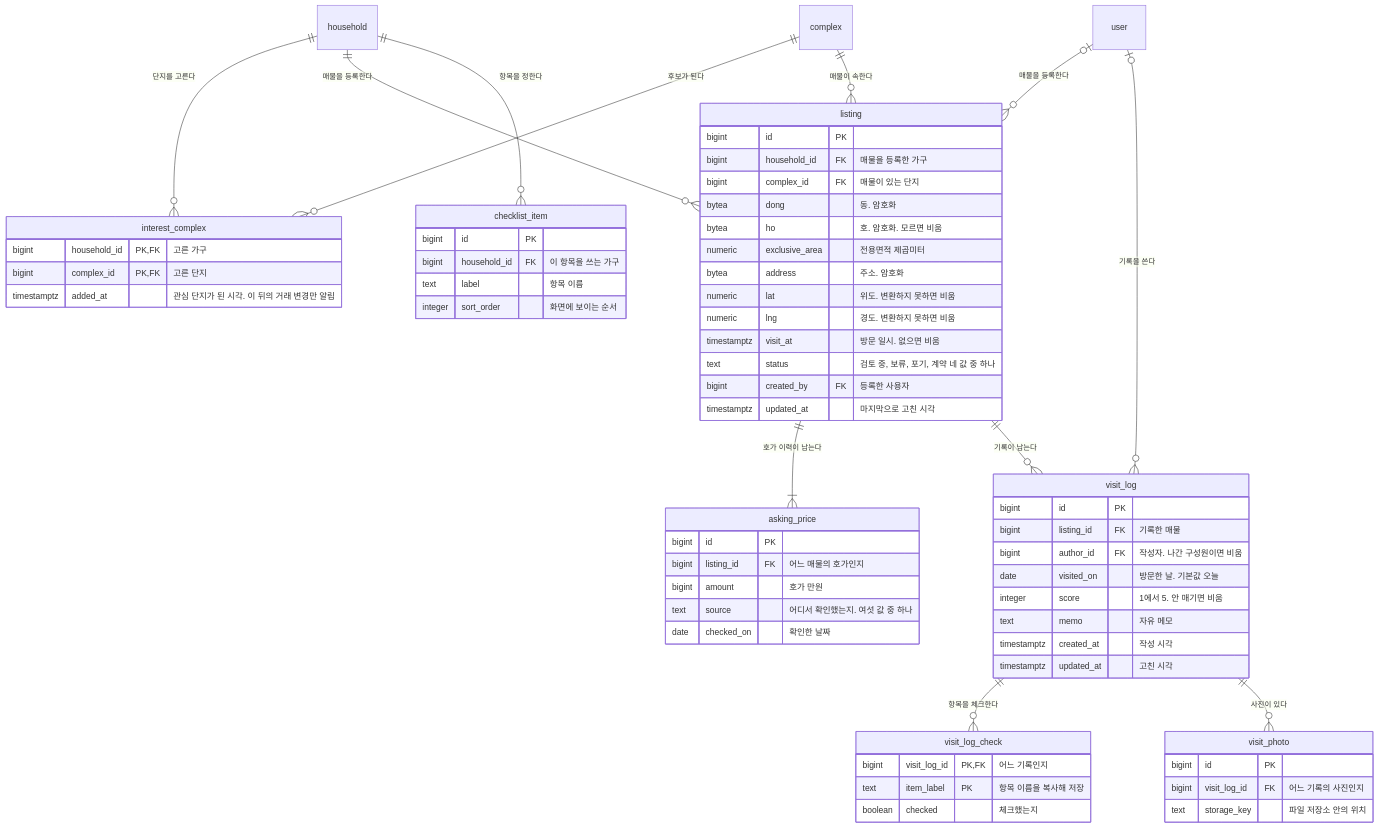
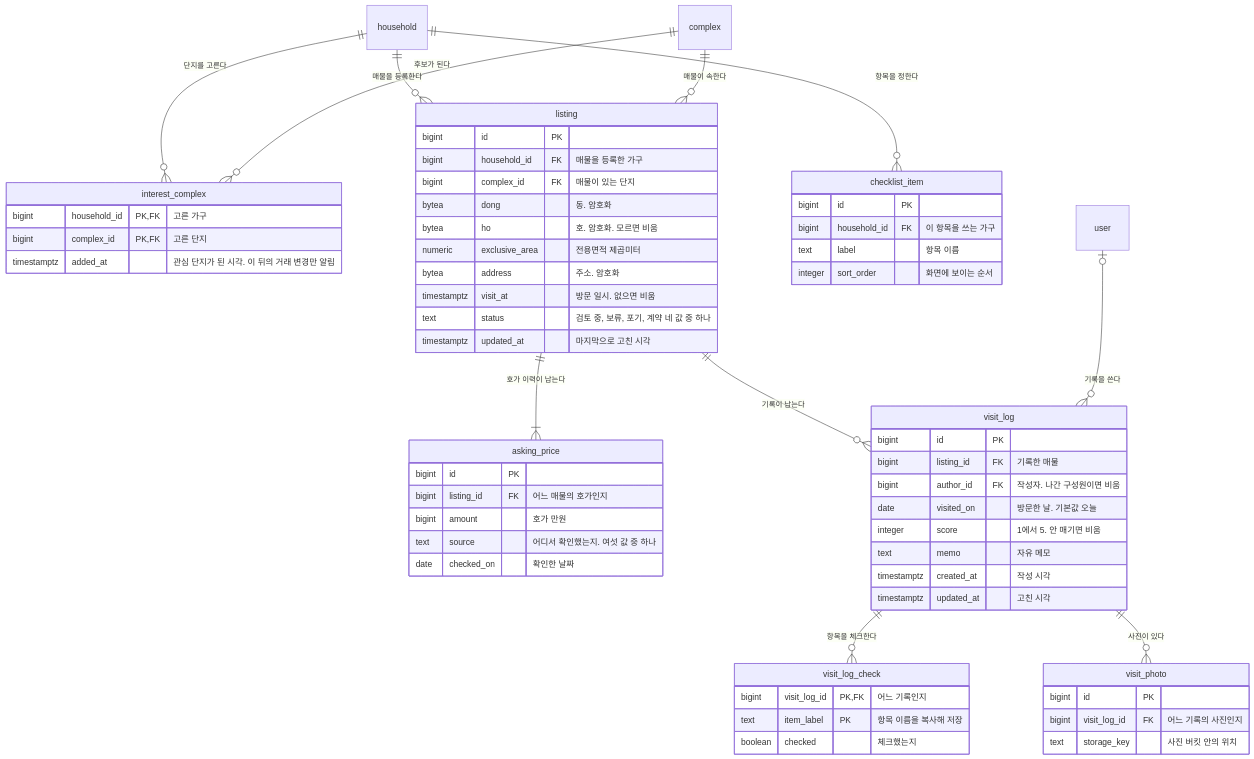
Before and after one commit to Park-Seung-Hun/real-estate: the third of 4 diagrams in docs/architecture/data-model.md, drawn with Mermaid. The commit also changed other lines of this file and 7 other files, not shown here.

````diff
--- a/docs/architecture/data-model.md
+++ b/docs/architecture/data-model.md
@@ -307,67 +296,63 @@
 ```mermaid
 erDiagram
   interest_complex {
     bigint household_id PK, FK "고른 가구"
     bigint complex_id PK, FK "고른 단지"
     timestamptz added_at "관심 단지가 된 시각. 이 뒤의 거래 변경만 알림"
   }
   listing {
     bigint id PK
     bigint household_id FK "매물을 등록한 가구"
     bigint complex_id FK "매물이 있는 단지"
     bytea dong "동. 암호화"
     bytea ho "호. 암호화. 모르면 비움"
     numeric exclusive_area "전용면적 제곱미터"
     bytea address "주소. 암호화"
-    numeric lat "위도. 변환하지 못하면 비움"
-    numeric lng "경도. 변환하지 못하면 비움"
     timestamptz visit_at "방문 일시. 없으면 비움"
     text status "검토 중, 보류, 포기, 계약 네 값 중 하나"
-    bigint created_by FK "등록한 사용자"
     timestamptz updated_at "마지막으로 고친 시각"
   }
   asking_price {
     bigint id PK
     bigint listing_id FK "어느 매물의 호가인지"
     bigint amount "호가 만원"
     text source "어디서 확인했는지. 여섯 값 중 하나"
     date checked_on "확인한 날짜"
   }
   checklist_item {
     bigint id PK
     bigint household_id FK "이 항목을 쓰는 가구"
     text label "항목 이름"
     integer sort_order "화면에 보이는 순서"
   }
   visit_log {
     bigint id PK
     bigint listing_id FK "기록한 매물"
     bigint author_id FK "작성자. 나간 구성원이면 비움"
     date visited_on "방문한 날. 기본값 오늘"
     integer score "1에서 5. 안 매기면 비움"
     text memo "자유 메모"
     timestamptz created_at "작성 시각"
     timestamptz updated_at "고친 시각"
   }
   visit_log_check {
     bigint visit_log_id PK, FK "어느 기록인지"
     text item_label PK "항목 이름을 복사해 저장"
     boolean checked "체크했는지"
   }
   visit_photo {
     bigint id PK
     bigint visit_log_id FK "어느 기록의 사진인지"
-    text storage_key "파일 저장소 안의 위치"
+    text storage_key "사진 버킷 안의 위치"
   }
   household ||--o{ interest_complex : "단지를 고른다"
   complex ||--o{ interest_complex : "후보가 된다"
   household ||--o{ listing : "매물을 등록한다"
-  user |o--o{ listing : "매물을 등록한다"
   complex ||--o{ listing : "매물이 속한다"
   listing ||--|{ asking_price : "호가 이력이 남는다"
   listing ||--o{ visit_log : "기록이 남는다"
   user |o--o{ visit_log : "기록을 쓴다"
   household ||--o{ checklist_item : "항목을 정한다"
   visit_log ||--o{ visit_log_check : "항목을 체크한다"
   visit_log ||--o{ visit_photo : "사진이 있다"
 ```
````
